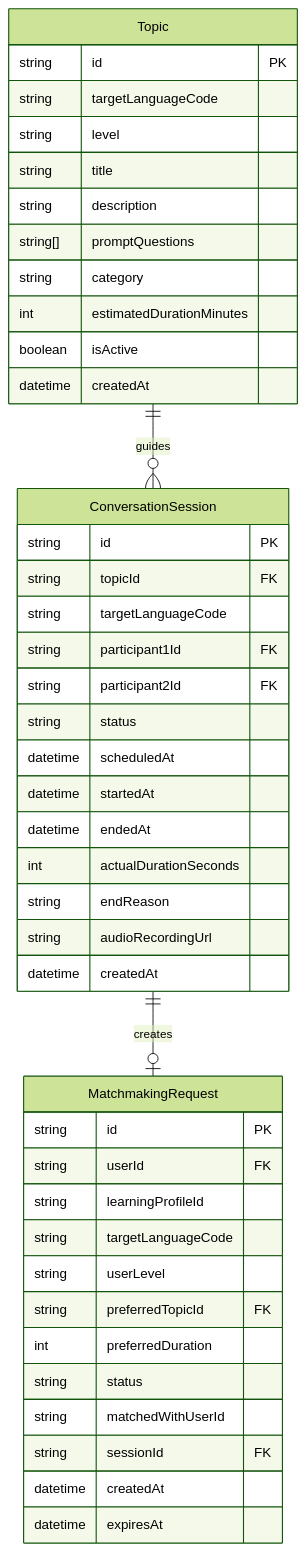
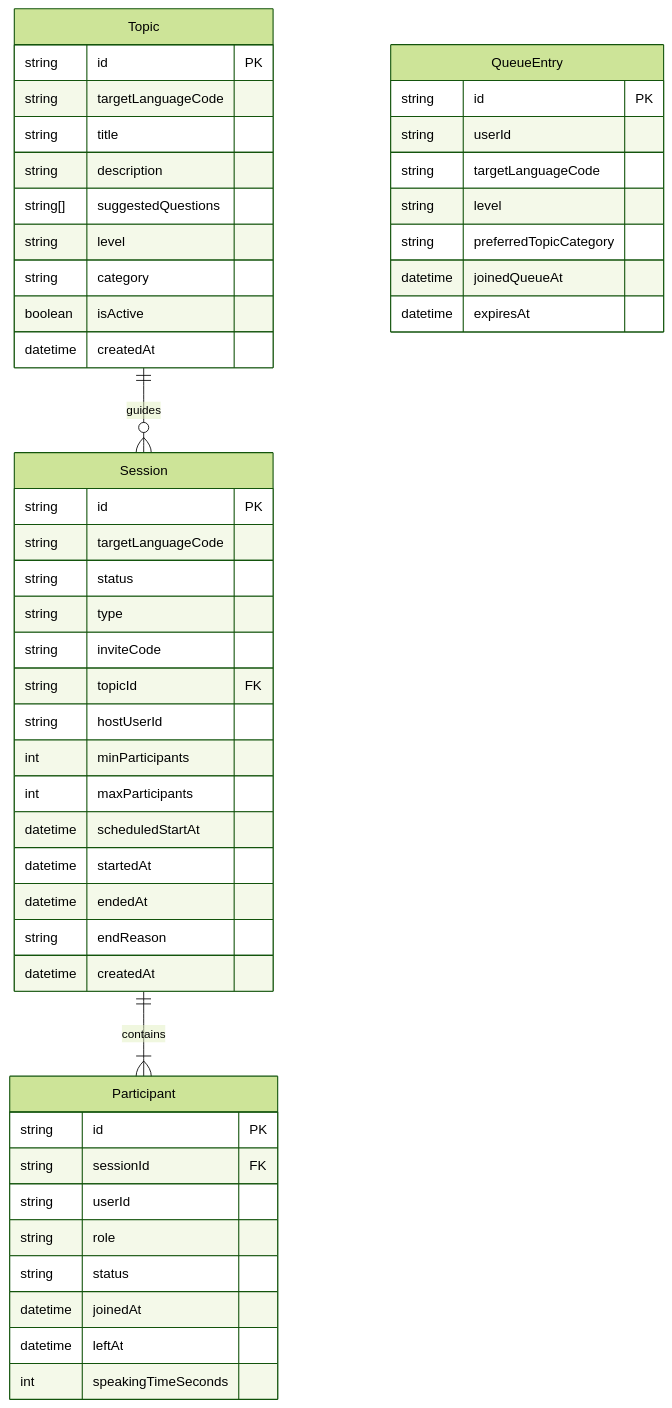
Before and after one commit to we-speak-org/wespeak-specifications: the first of 7 diagrams in 03-conversation-service/DIAGRAMS.md, drawn with Mermaid (forest theme). The commit also changed other lines of this file and 6 other files, not shown here.

````diff
--- a/03-conversation-service/DIAGRAMS.md
+++ b/03-conversation-service/DIAGRAMS.md
@@ -5,49 +5,55 @@
 ```mermaid
 erDiagram
     Topic {
         string id PK
         string targetLanguageCode
-        string level
         string title
         string description
-        string[] promptQuestions
+        string[] suggestedQuestions
+        string level
         string category
-        int estimatedDurationMinutes
         boolean isActive
         datetime createdAt
     }
 
-    ConversationSession {
+    Session {
         string id PK
+        string targetLanguageCode
+        string status
+        string type
+        string inviteCode
         string topicId FK
-        string targetLanguageCode
-        string participant1Id FK
-        string participant2Id FK
-        string status
-        datetime scheduledAt
+        string hostUserId
+        int minParticipants
+        int maxParticipants
+        datetime scheduledStartAt
         datetime startedAt
         datetime endedAt
-        int actualDurationSeconds
         string endReason
-        string audioRecordingUrl
         datetime createdAt
     }
 
-    MatchmakingRequest {
+    Participant {
         string id PK
-        string userId FK
-        string learningProfileId
+        string sessionId FK
+        string userId
+        string role
+        string status
+        datetime joinedAt
+        datetime leftAt
+        int speakingTimeSeconds
+    }
+
+    QueueEntry {
+        string id PK
+        string userId
         string targetLanguageCode
-        string userLevel
-        string preferredTopicId FK
-        int preferredDuration
-        string status
-        string matchedWithUserId
-        string sessionId FK
-        datetime createdAt
+        string level
+        string preferredTopicCategory
+        datetime joinedQueueAt
         datetime expiresAt
     }
 
-    Topic ||--o{ ConversationSession : "guides"
-    ConversationSession ||--o| MatchmakingRequest : "creates"
+    Topic ||--o{ Session : "guides"
+    Session ||--|{ Participant : "contains"
 ```
````
